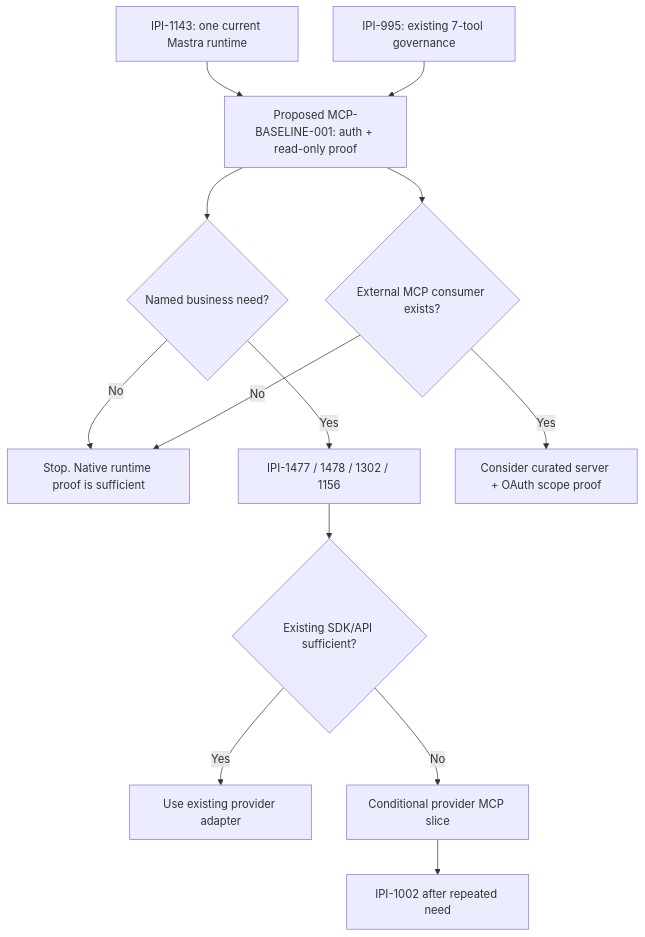
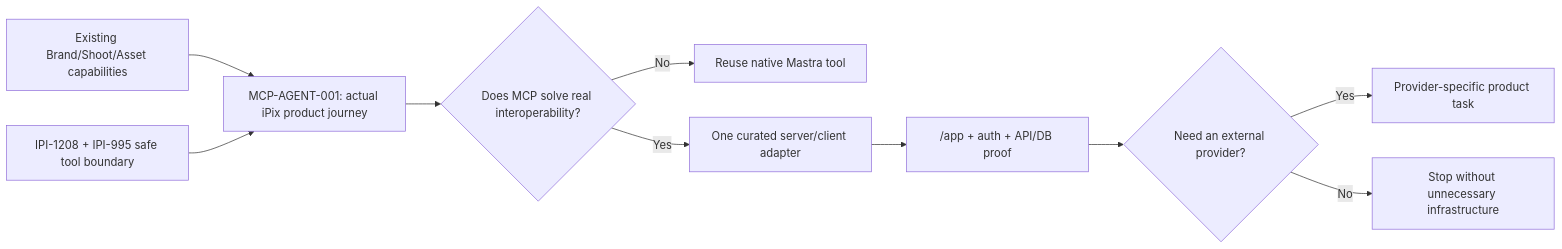
Before and after one commit to amoai-tech/ipixai: the diagram in docs/copilotkit-mastra/mcp/03-task-proposals.md, drawn with Mermaid. The commit also changed other lines of this file and 3 other files, not shown here.

Commit message:
docs(mastra): prioritize MCP features for iPix product agents

```diff
--- a/docs/copilotkit-mastra/mcp/03-task-proposals.md
+++ b/docs/copilotkit-mastra/mcp/03-task-proposals.md
@@ -61,15 +63,12 @@
 ~~~mermaid
-flowchart TD
-  A["IPI-1143: one current Mastra runtime"] --> B["Proposed MCP-BASELINE-001: auth + read-only proof"]
-  C["IPI-995: existing 7-tool governance"] --> B
-  B --> D{"Named business need?"}
-  D -->|"No"| E["Stop. Native runtime proof is sufficient"]
-  D -->|"Yes"| F["IPI-1477 / 1478 / 1302 / 1156"]
-  F --> G{"Existing SDK/API sufficient?"}
-  G -->|"Yes"| H["Use existing provider adapter"]
-  G -->|"No"| I["Conditional provider MCP slice"]
-  I --> J["IPI-1002 after repeated need"]
-  B --> K{"External MCP consumer exists?"}
-  K -->|"No"| E
-  K -->|"Yes"| L["Consider curated server + OAuth scope proof"]
+flowchart LR
+  C["Existing Brand/Shoot/Asset capabilities"] --> P["MCP-AGENT-001: actual iPix product journey"]
+  G["IPI-1208 + IPI-995 safe tool boundary"] --> P
+  P --> Q{"Does MCP solve real interoperability?"}
+  Q -->|"No"| R["Reuse native Mastra tool"]
+  Q -->|"Yes"| M["One curated server/client adapter"]
+  M --> U["/app + auth + API/DB proof"]
+  U --> E{"Need an external provider?"}
+  E -->|"Yes"| V["Provider-specific product task"]
+  E -->|"No"| F["Stop without unnecessary infrastructure"]
 ~~~
```
